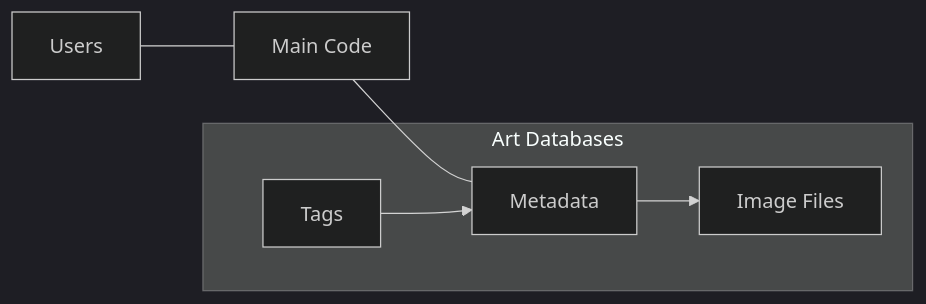
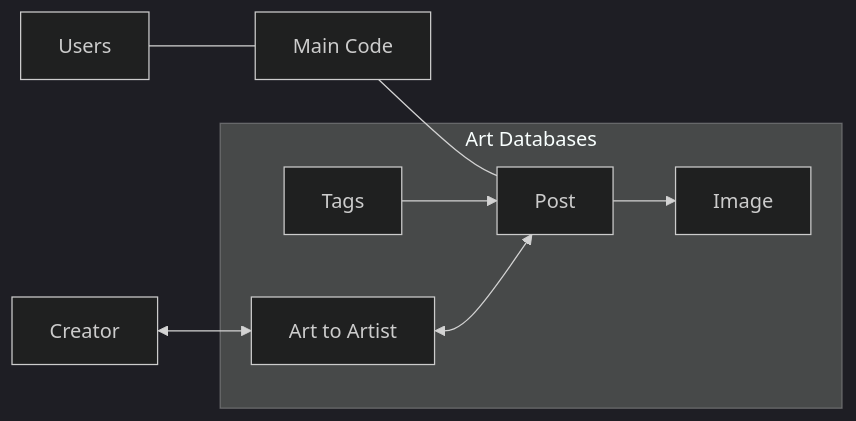
Before and after one commit to optimisticlucio/powerdown-wiki: the diagram in concept/servers.md, drawn with Mermaid (dark theme). The commit also changed other lines of this file, not shown here.

````diff
--- a/concept/servers.md
+++ b/concept/servers.md
@@ -5,18 +5,22 @@
 ```mermaid
 graph LR
 
 source["Users"]
 main["Main Code"]
+creator["Creator"]
 
 subgraph Art Databases
-    artdb["Metadata"]
-    artfiledb["Image Files"]
+    artdb["Post"]
+    artimagedb["Image"]
     arttagdb["Tags"]
+    arttoartistdb["Art to Artist"]
 end
 
 
 source --- main
 main --- artdb
-artdb --> artfiledb
+artdb --> artimagedb
 arttagdb --> artdb
+arttoartistdb <--> artdb
+creator <--> arttoartistdb
 ```
````
